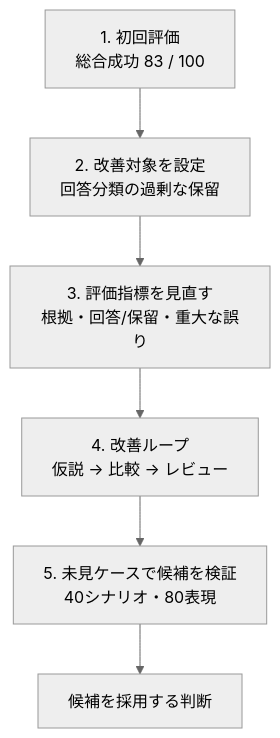
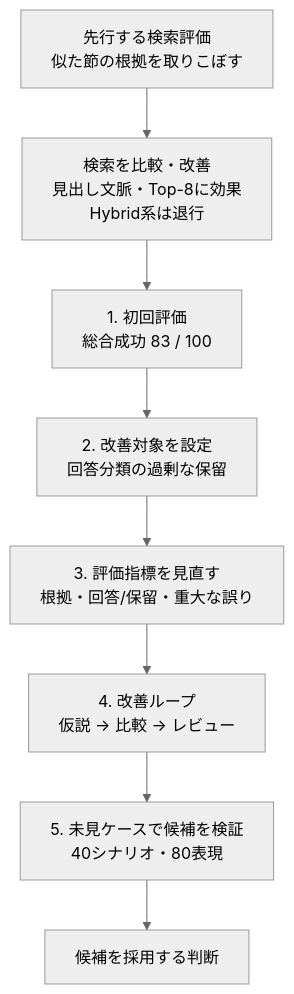
The second of 2 diagrams in README.md (toko1970/municipal-rag-assistant), drawn with Mermaid (neutral theme) before and after one commit. The commit also changed other lines of this file and 49 other files, not shown here.

````diff
--- a/README.md
+++ b/README.md
@@ -67,10 +70,13 @@
 ```mermaid
+%%{init: {"flowchart": {"wrappingWidth": 300, "minNodeWidth": 260}}}%%
 flowchart TD
+    S[先行する検索評価<br/>似た節の根拠を取りこぼす]
+    T[検索を比較・改善<br/>見出し文脈・Top-8に効果<br/>Hybrid系は退行]
     A[1. 初回評価<br/>総合成功 83 / 100]
     B[2. 改善対象を設定<br/>回答分類の過剰な保留]
     C[3. 評価指標を見直す<br/>根拠・回答/保留・重大な誤り]
     D[4. 改善ループ<br/>仮説 → 比較 → レビュー]
     E[5. 未見ケースで候補を検証<br/>40シナリオ・80表現]
     F[候補を採用する判断]
-    A --> B --> C --> D --> E --> F
+    S --> T --> A --> B --> C --> D --> E --> F
 ```
````
